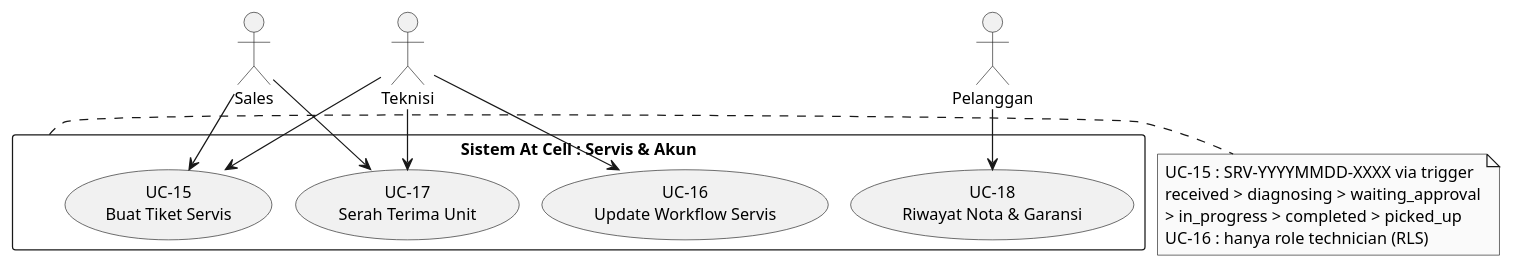
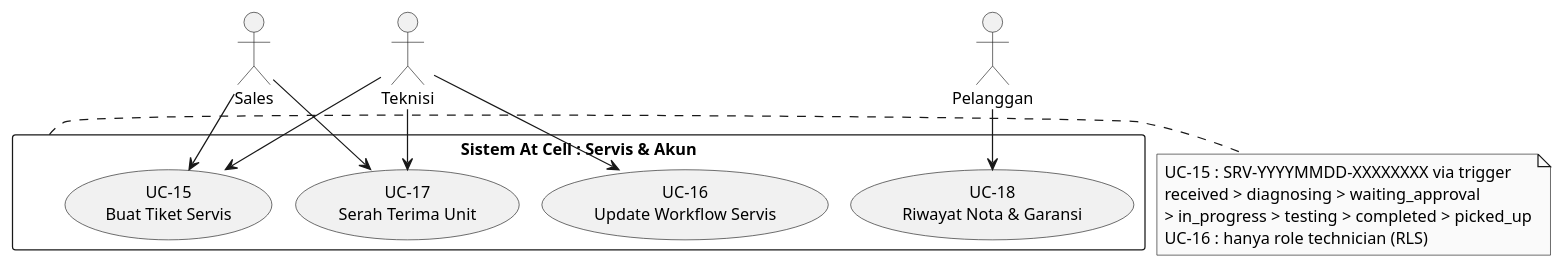
The diagram in docs/usecase-ea-04-servis.puml (neiaki/KP), drawn with PlantUML before and after one commit. The commit also changed 5 other files, not shown here.

```diff
--- a/docs/usecase-ea-04-servis.puml
+++ b/docs/usecase-ea-04-servis.puml
@@ -1,35 +1,35 @@
 @startuml UC04-Servis
 ' EA - Modul Servis & Akun Pelanggan
 !pragma layout smetana
 skinparam backgroundColor white
 skinparam shadowing false
 skinparam monochrome true
 skinparam defaultFontName SansSerif
 skinparam defaultFontSize 13
 skinparam packageStyle rectangle
 
 actor "Sales" as Sales
 actor "Teknisi" as Teknisi
 actor "Pelanggan" as Pelanggan
 
 rectangle "Sistem At Cell : Servis & Akun" as Sys {
   usecase "UC-15\nBuat Tiket Servis" as UC15
   usecase "UC-16\nUpdate Workflow Servis" as UC16
   usecase "UC-17\nSerah Terima Unit" as UC17
   usecase "UC-18\nRiwayat Nota & Garansi" as UC18
 }
 
 Sales --> UC15
 Teknisi --> UC15
 Teknisi --> UC16
 Teknisi --> UC17
 Sales --> UC17
 Pelanggan --> UC18
 
 note right of Sys
-  UC-15 : SRV-YYYYMMDD-XXXX via trigger
+  UC-15 : SRV-YYYYMMDD-XXXXXXXX via trigger
   received > diagnosing > waiting_approval
-  > in_progress > completed > picked_up
+  > in_progress > testing > completed > picked_up
   UC-16 : hanya role technician (RLS)
 end note
 @enduml
```
